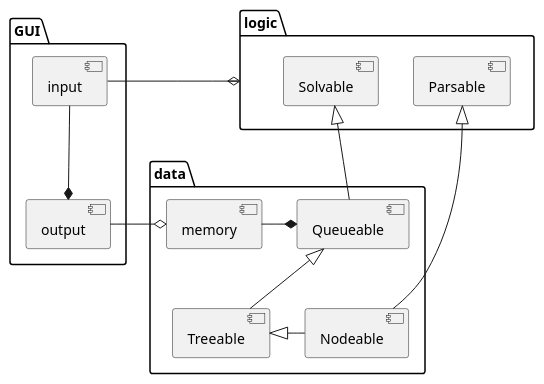
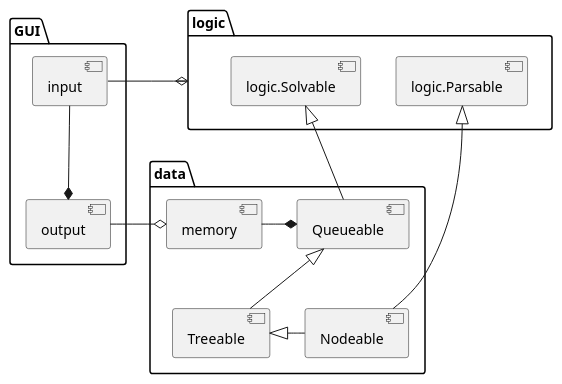
One commit to vitalispopoff/calculator changed the diagram in src/docs/UML/architecture.puml. Above: the diagram before and after it, drawn with PlantUML. The commit also changed 7 other files, not shown here.

```diff
--- a/src/docs/UML/architecture.puml
+++ b/src/docs/UML/architecture.puml
@@ -1,31 +1,31 @@
 @startuml
 
 package GUI {
     component output
     component input
 }
 
 package logic {
-    component Solvable
-    component Parsable
+    component logic.Solvable
+    component logic.Parsable
 }
 
 package data {
     component memory
     component Queueable
     component Treeable
     component Nodeable
 }
 
 [input]     -right-o     logic
 [output]    *-up-      [input]
 [output]    -right-o     [memory]
 [memory]    -right-*    [Queueable]
 
-[Solvable]  <|-down-    [Queueable]
+[logic.Solvable]  <|-down-    [Queueable]
 [Queueable] <|-down-    [Treeable]
 
 [Treeable]  <|-right-    [Nodeable]
-[Parsable]  <|-down-     [Nodeable]
+[logic.Parsable]  <|-down-     [Nodeable]
 
 @enduml
```
